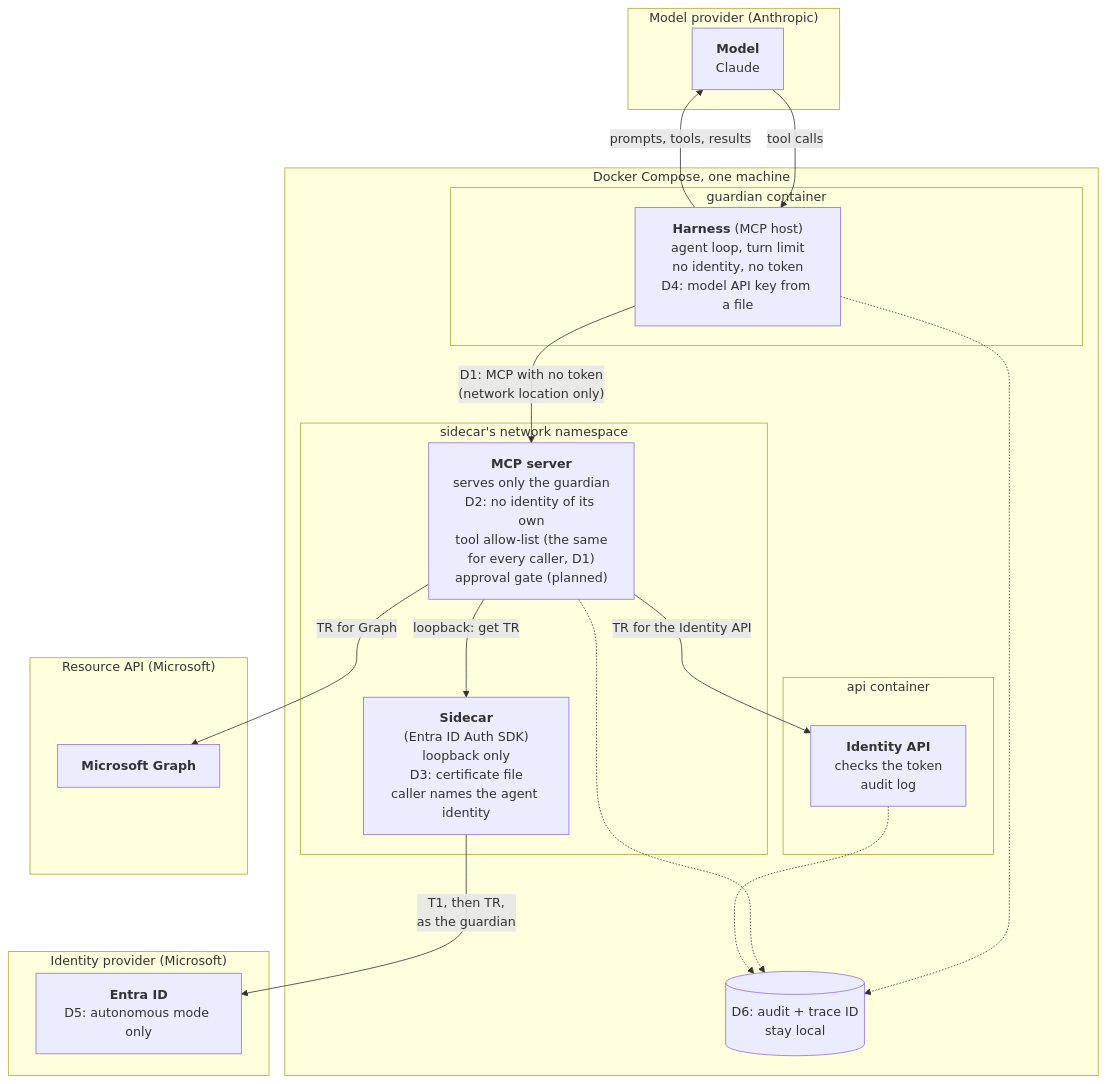
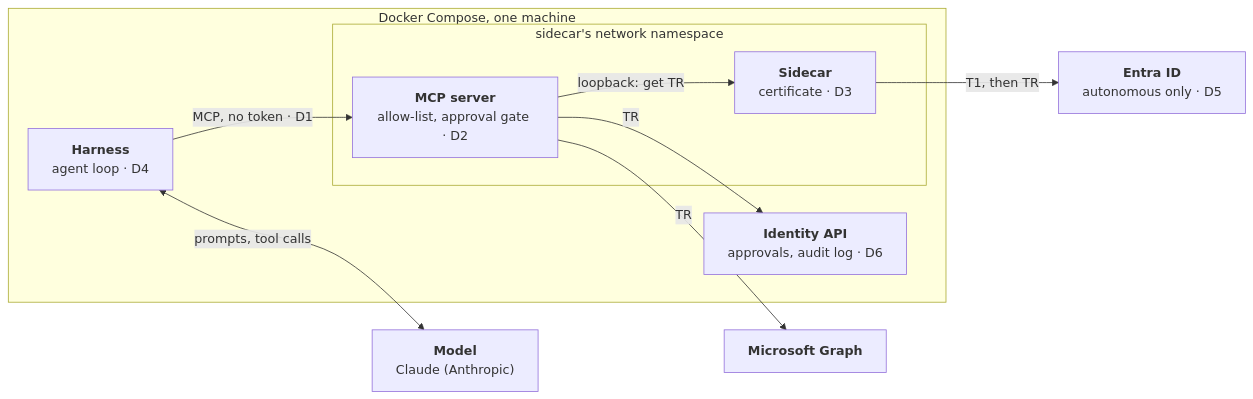
The first of 4 diagrams in docs/agent-steward-architecture.md (alireza-mpr/agent-steward), drawn with Mermaid before and after one commit.

Commit message:
docs: guardian diagram: left to right, short labels, approval gate is built

````diff
--- a/docs/agent-steward-architecture.md
+++ b/docs/agent-steward-architecture.md
@@ -27,39 +27,21 @@
 ```mermaid
-flowchart TB
-    subgraph PROVIDER["Model provider (Anthropic)"]
-        MODEL["<b>Model</b><br/>Claude"]
+flowchart LR
+    MODEL["<b>Model</b><br/>Claude (Anthropic)"]
+    subgraph COMPOSE["Docker Compose, one machine"]
+        HARNESS["<b>Harness</b><br/>agent loop · D4"]
+        subgraph NS["sidecar's network namespace"]
+            MCP["<b>MCP server</b><br/>allow-list, approval gate · D2"]
+            SIDECAR["<b>Sidecar</b><br/>certificate · D3"]
+        end
+        API["<b>Identity API</b><br/>approvals, audit log · D6"]
     end
+    ENTRA["<b>Entra ID</b><br/>autonomous only · D5"]
+    GRAPH["<b>Microsoft Graph</b>"]
 
-    subgraph COMPOSE["Docker Compose, one machine"]
-        subgraph GCONT["guardian container"]
-            HARNESS["<b>Harness</b> (MCP host)<br/>agent loop, turn limit<br/>no identity, no token<br/>D4: model API key from a file"]
-        end
-        subgraph NS["sidecar's network namespace"]
-            MCP["<b>MCP server</b><br/>serves only the guardian<br/>D2: no identity of its own<br/>tool allow-list (the same<br/>for every caller, D1)<br/>approval gate (planned)"]
-            SIDECAR["<b>Sidecar</b><br/>(Entra ID Auth SDK)<br/>loopback only<br/>D3: certificate file<br/>caller names the agent identity"]
-        end
-        subgraph ACONT["api container"]
-            API["<b>Identity API</b><br/>checks the token<br/>audit log"]
-        end
-        LOGS[("D6: audit + trace ID<br/>stay local")]
-    end
-
-    subgraph IDP["Identity provider (Microsoft)"]
-        ENTRA["<b>Entra ID</b><br/>D5: autonomous mode only"]
-    end
-
-    subgraph RES["Resource API (Microsoft)"]
-        GRAPH["<b>Microsoft Graph</b>"]
-    end
-
-    HARNESS -- "prompts, tools, results" --> MODEL
-    MODEL -- "tool calls" --> HARNESS
-    HARNESS -- "D1: MCP with no token<br/>(network location only)" --> MCP
-    MCP -- "loopback: get TR" --> SIDECAR
-    SIDECAR -- "T1, then TR,<br/>as the guardian" --> ENTRA
-    MCP -- "TR for Graph" --> GRAPH
-    MCP -- "TR for the Identity API" --> API
-    HARNESS -.-> LOGS
-    MCP -.-> LOGS
-    API -.-> LOGS
+    HARNESS <-->|"prompts, tool calls"| MODEL
+    HARNESS -->|"MCP, no token · D1"| MCP
+    MCP -->|"loopback: get TR"| SIDECAR
+    SIDECAR -->|"T1, then TR"| ENTRA
+    MCP -->|"TR"| GRAPH
+    MCP -->|"TR"| API
 ```
````
